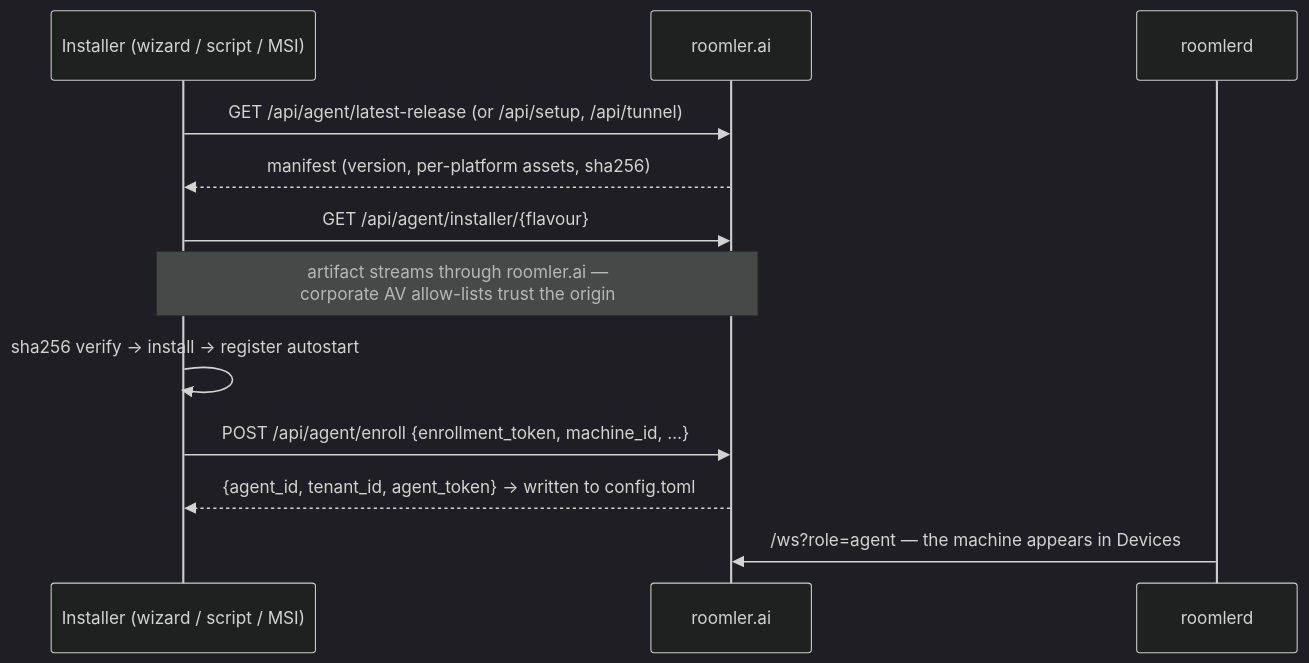
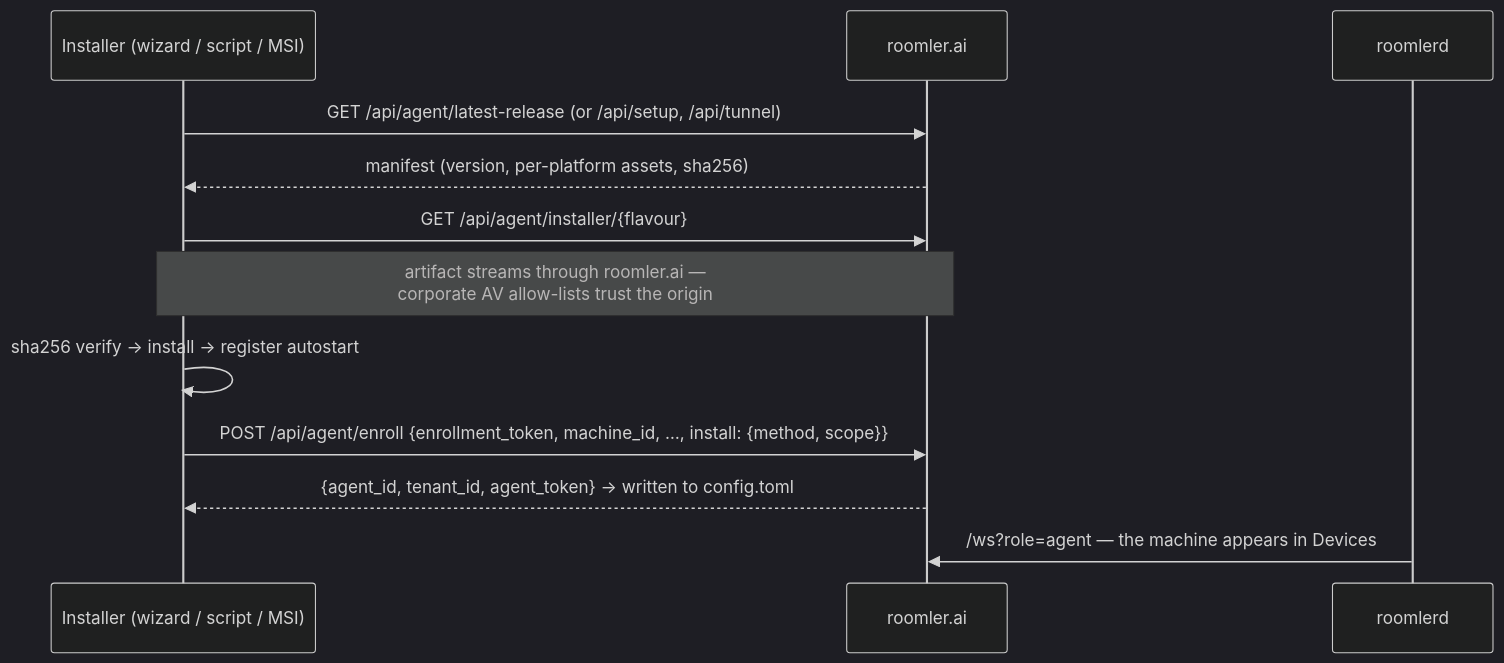
One commit to gjovanov/roomler-ai changed the second of 4 diagrams in docs/installation.md. Above: the diagram before and after it, drawn with Mermaid (dark theme). The commit also changed other lines of this file and 40 other files, not shown here.

First line of the commit message:
feat(fr-102): P3 — the install trace: tokens issued → redeemed, fetches by client class, the enroll says how (#2127)

````diff
--- a/docs/installation.md
+++ b/docs/installation.md
@@ -35,15 +35,15 @@
 ```mermaid
 sequenceDiagram
     participant I as Installer (wizard / script / MSI)
     participant S as roomler.ai
     participant D as roomlerd
 
     I->>S: GET /api/agent/latest-release (or /api/setup, /api/tunnel)
     S-->>I: manifest (version, per-platform assets, sha256)
     I->>S: GET /api/agent/installer/{flavour}
     Note over I,S: artifact streams through roomler.ai —<br/>corporate AV allow-lists trust the origin
     I->>I: sha256 verify → install → register autostart
-    I->>S: POST /api/agent/enroll {enrollment_token, machine_id, …}
+    I->>S: POST /api/agent/enroll {enrollment_token, machine_id, …, install: {method, scope}}
     S-->>I: {agent_id, tenant_id, agent_token} → written to config.toml
     D->>S: /ws?role=agent — the machine appears in Devices
 ```
````
